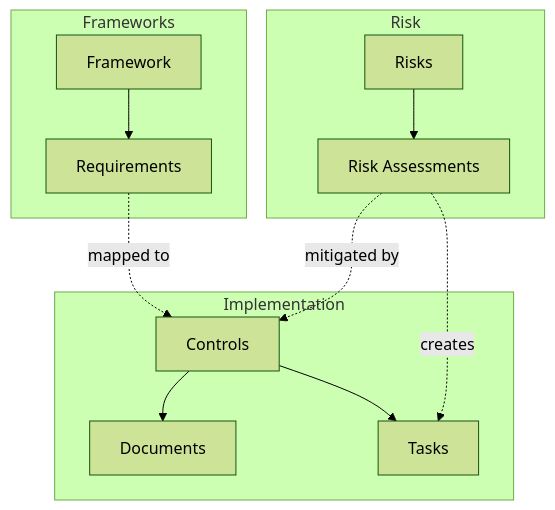
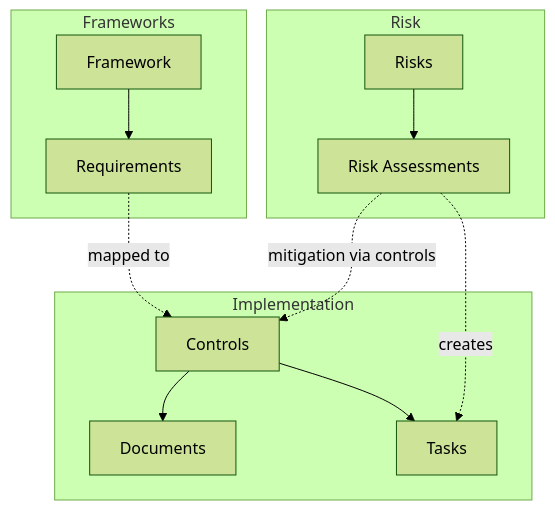
One commit to tekve/gover-docs changed the diagram in docs/getting-started/key-concepts.md. Above: the diagram before and after it, drawn with Mermaid (forest theme). The commit also changed other lines of this file and 50 other files, not shown here.

````diff
--- a/docs/getting-started/key-concepts.md
+++ b/docs/getting-started/key-concepts.md
@@ -11,16 +11,16 @@
 ```mermaid
 flowchart TB
     subgraph Frameworks
         F[Framework] --> R[Requirements]
     end
     subgraph Implementation
         C[Controls] --> D[Documents]
         C --> T[Tasks]
     end
     subgraph Risk
         RI[Risks] --> RA[Risk Assessments]
     end
     R -.->|mapped to| C
-    RA -.->|mitigated by| C
+    RA -.->|mitigation via controls| C
     RA -.->|creates| T
 ```
````
